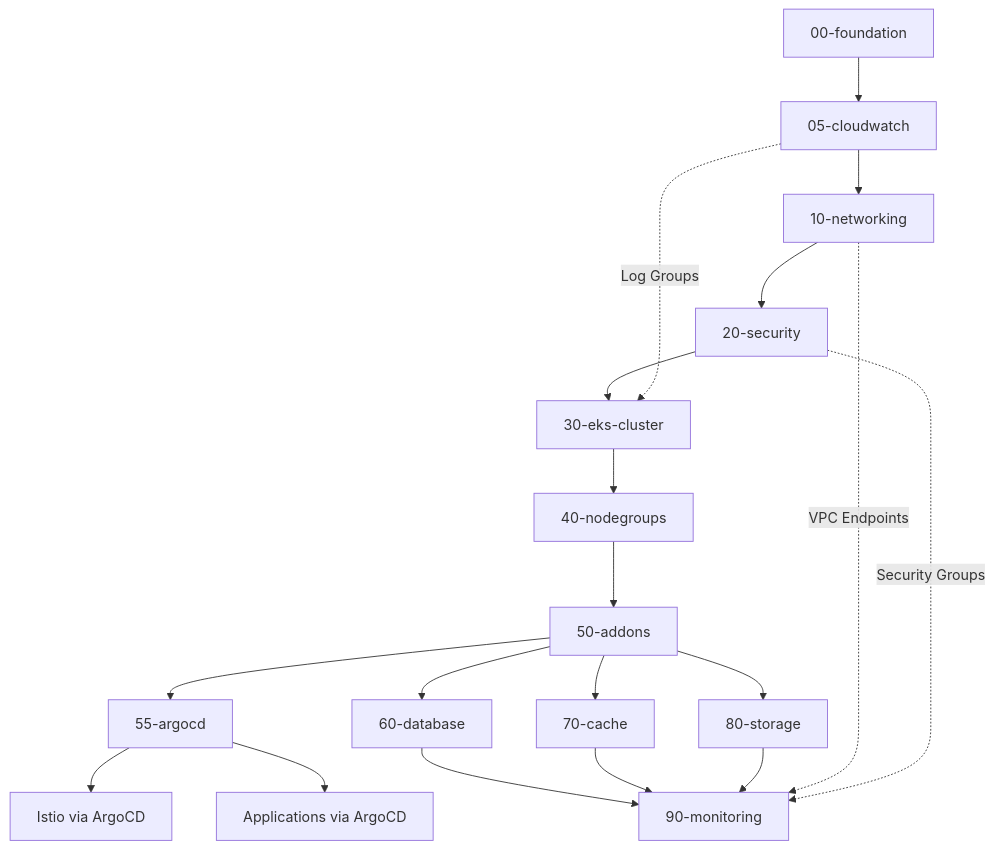
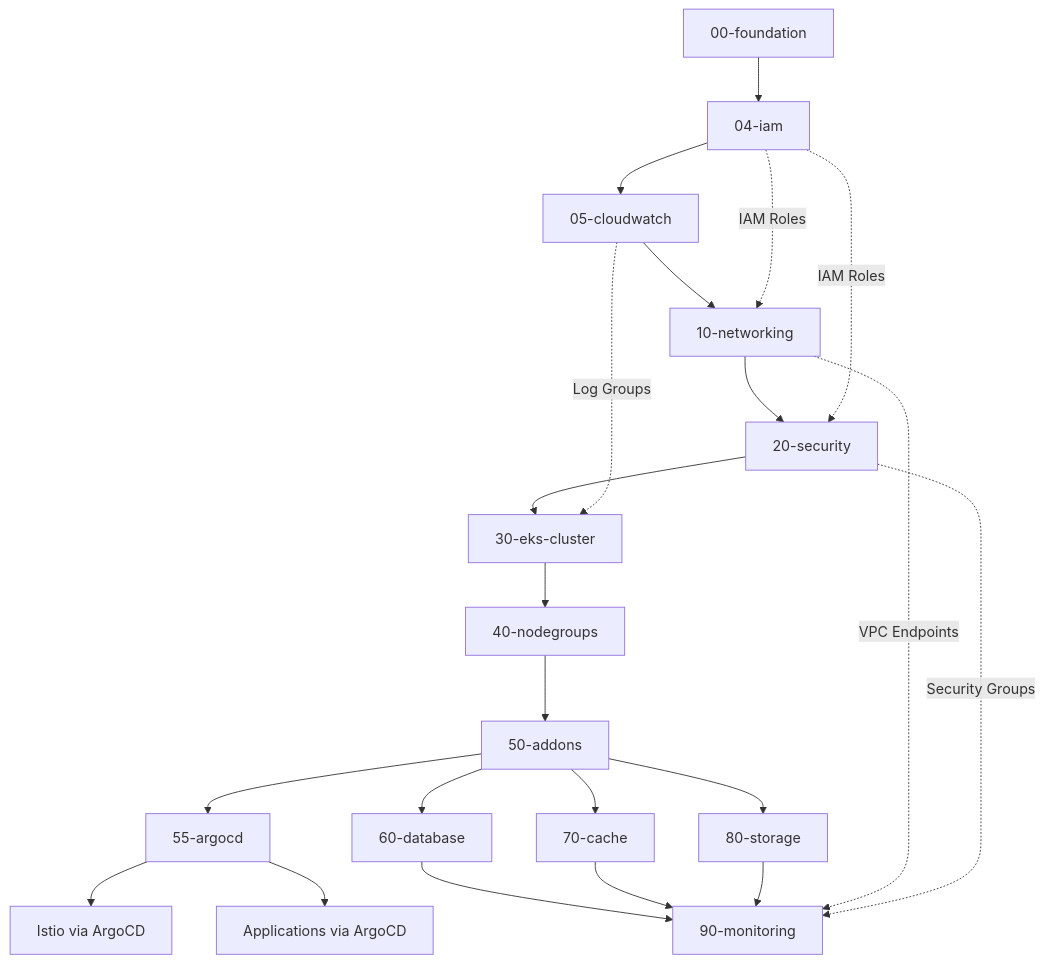
The third of 9 diagrams in docs/architecture.md (JSJ2337/AWS_EKS_terraform_code), drawn with Mermaid before and after one commit. The commit also changed other lines of this file and 3 other files, not shown here.

````diff
--- a/docs/architecture.md
+++ b/docs/architecture.md
@@ -117,25 +117,28 @@
 ```mermaid
 flowchart TD
-    F[00-foundation] --> CW[05-cloudwatch]
+    F[00-foundation] --> IAM[04-iam]
+    IAM --> CW[05-cloudwatch]
     CW --> N[10-networking]
     N --> S[20-security]
     S --> EKS[30-eks-cluster]
     EKS --> NG[40-nodegroups]
     NG --> AD[50-addons]
 
     AD --> ARGO[55-argocd]
     AD --> DB[60-database]
     AD --> CA[70-cache]
     AD --> ST[80-storage]
 
     ARGO --> ISTIO[Istio via ArgoCD]
     ARGO --> APPS[Applications via ArgoCD]
 
     DB --> MO[90-monitoring]
     CA --> MO
     ST --> MO
 
+    IAM -.->|IAM Roles| N
+    IAM -.->|IAM Roles| S
     N -.->|VPC Endpoints| MO
     S -.->|Security Groups| MO
     CW -.->|Log Groups| EKS
 ```
````
